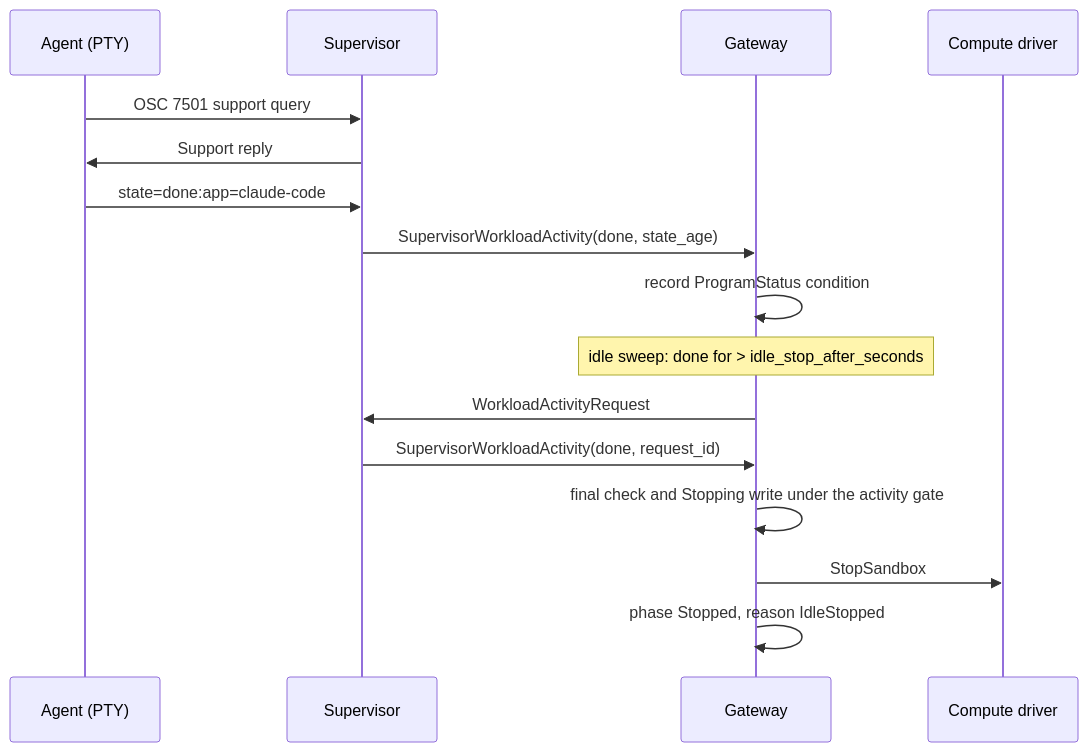
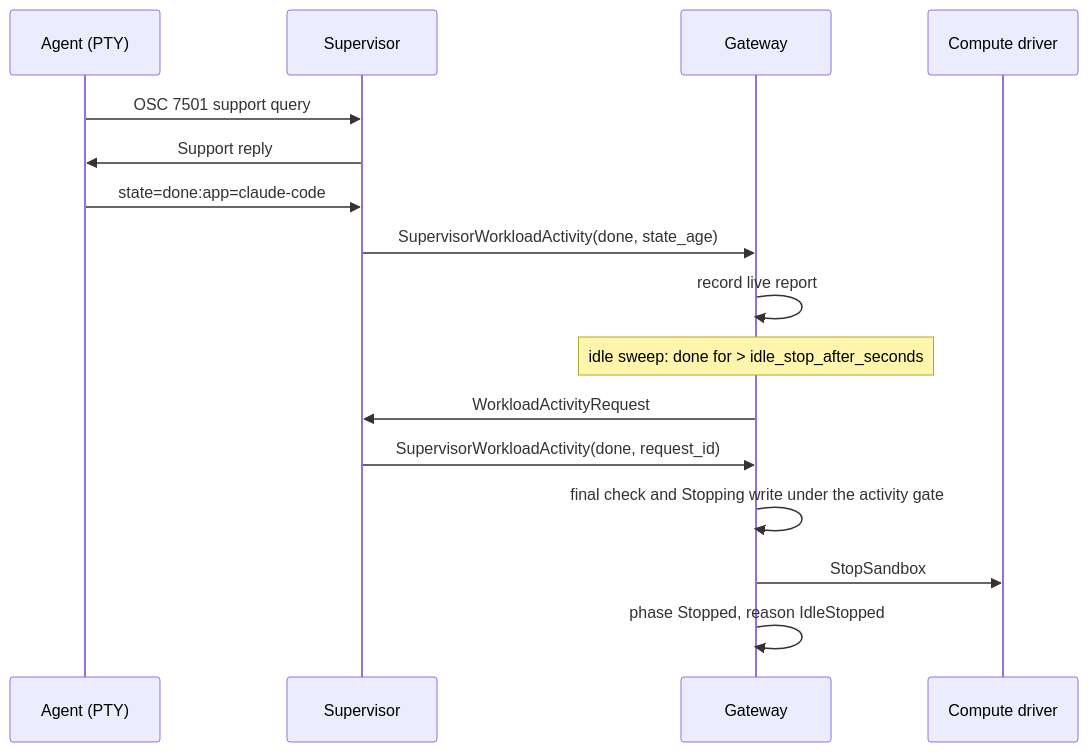
Before and after one commit to mrunalp/OpenShell: the diagram in rfc/0025-workload-idle-stop/README.md, drawn with Mermaid. The commit also changed other lines of this file and 18 other files, not shown here.

First line of the commit message:
refactor(sandbox): leave program status display out of idle stop

````diff
--- a/rfc/0025-workload-idle-stop/README.md
+++ b/rfc/0025-workload-idle-stop/README.md
@@ -297,18 +280,18 @@
 ```mermaid
 sequenceDiagram
     participant A as Agent (PTY)
     participant S as Supervisor
     participant G as Gateway
     participant D as Compute driver
     A->>S: OSC 7501 support query
     S->>A: Support reply
     A->>S: state=done:app=claude-code
     S->>G: SupervisorWorkloadActivity(done, state_age)
-    G->>G: record ProgramStatus condition
+    G->>G: record live report
     Note over G: idle sweep: done for > idle_stop_after_seconds
     G->>S: WorkloadActivityRequest
     S->>G: SupervisorWorkloadActivity(done, request_id)
     G->>G: final check and Stopping write under the activity gate
     G->>D: StopSandbox
     G->>G: phase Stopped, reason IdleStopped
 ```
````
